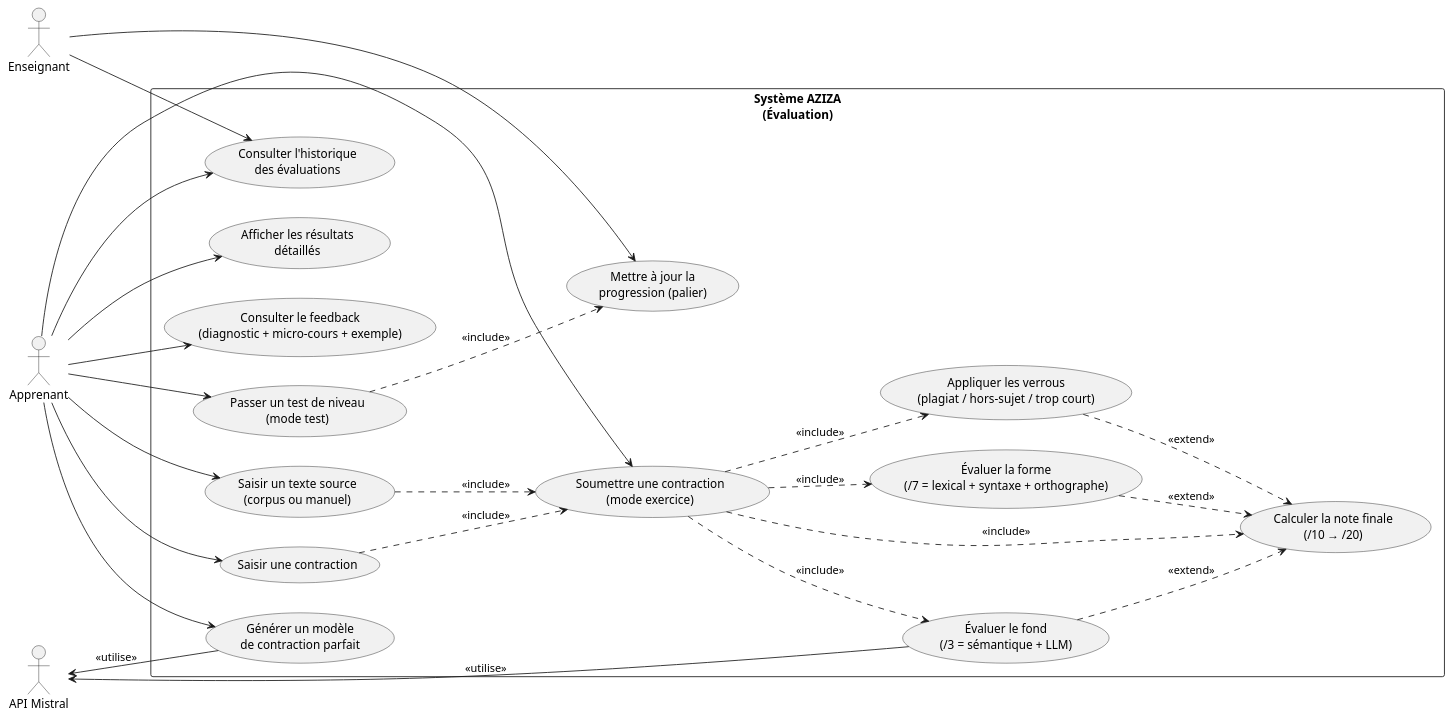
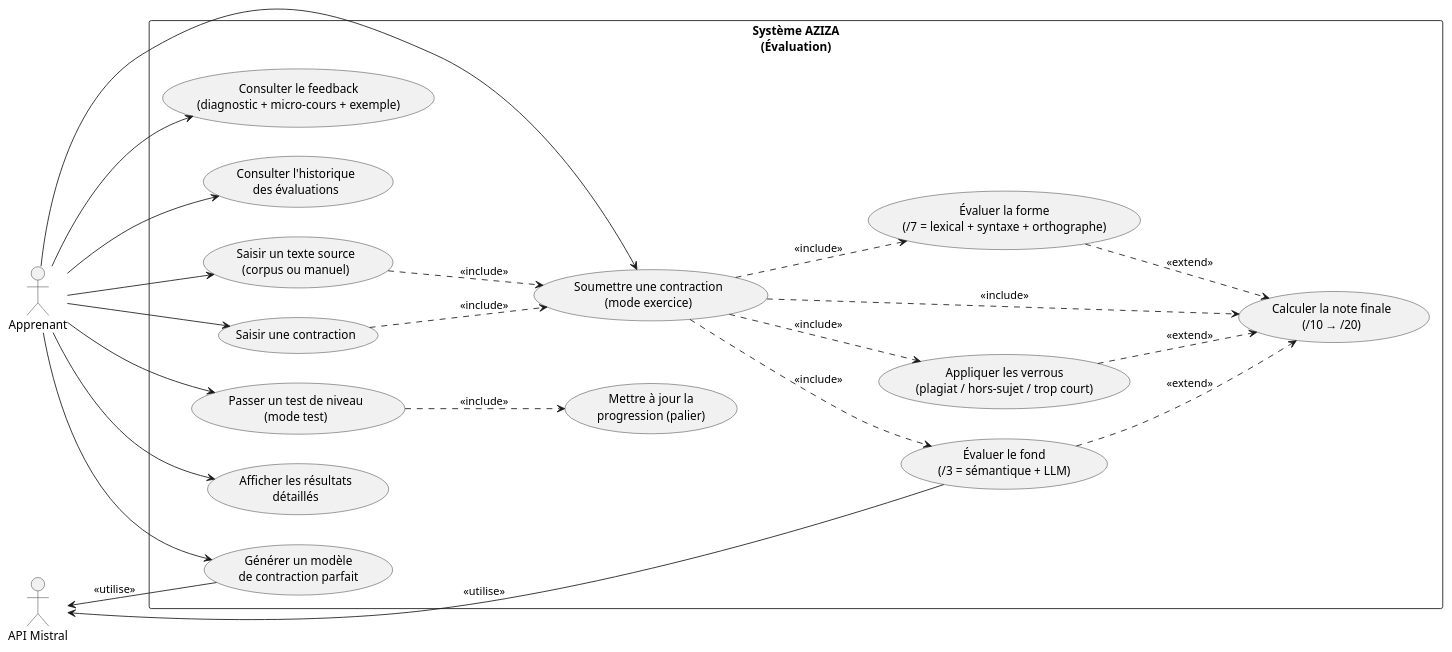
The diagram in docs/diagrams/use_case.puml (Shado-Jony/AZIZA_contraction_de_texte), drawn with PlantUML before and after one commit. The commit also changed 1 other file, not shown here.

Commit message:
fix: retire acteur Enseignant du diagramme de cas d'utilisation

```diff
--- a/docs/diagrams/use_case.puml
+++ b/docs/diagrams/use_case.puml
@@ -1,51 +1,49 @@
 @startuml
 left to right direction
 skinparam packageStyle rectangle
 actor Apprenant as A
-actor Enseignant as E
 actor "API Mistral" as M
 
 rectangle "Système AZIZA\n(Évaluation)" {
   usecase "Saisir un texte source\n(corpus ou manuel)" as UC1
   usecase "Saisir une contraction" as UC2
   usecase "Soumettre une contraction\n(mode exercice)" as UC3
   usecase "Passer un test de niveau\n(mode test)" as UC4
   usecase "Évaluer la forme\n(/7 = lexical + syntaxe + orthographe)" as UC5
   usecase "Évaluer le fond\n(/3 = sémantique + LLM)" as UC6
   usecase "Appliquer les verrous\n(plagiat / hors-sujet / trop court)" as UC7
   usecase "Calculer la note finale\n(/10 → /20)" as UC8
   usecase "Afficher les résultats\ndétaillés" as UC9
   usecase "Consulter le feedback\n(diagnostic + micro-cours + exemple)" as UC10
   usecase "Générer un modèle\nde contraction parfait" as UC11
   usecase "Mettre à jour la\nprogression (palier)" as UC12
   usecase "Consulter l'historique\ndes évaluations" as UC13
 }
 
 A --> UC1
 A --> UC2
 A --> UC3
 A --> UC4
 A --> UC9
 A --> UC10
 A --> UC11
 A --> UC13
 
 UC1 ..> UC3 : <<include>>
 UC2 ..> UC3 : <<include>>
 UC3 ..> UC5 : <<include>>
 UC3 ..> UC6 : <<include>>
 UC3 ..> UC7 : <<include>>
 UC3 ..> UC8 : <<include>>
 UC4 ..> UC12 : <<include>>
 
 UC5 ..> UC8 : <<extend>>
 UC6 ..> UC8 : <<extend>>
 UC7 ..> UC8 : <<extend>>
 
 M <-- UC6 : <<utilise>>
 M <-- UC11 : <<utilise>>
 
-E --> UC13
-E --> UC12
+
 
 @enduml
```
